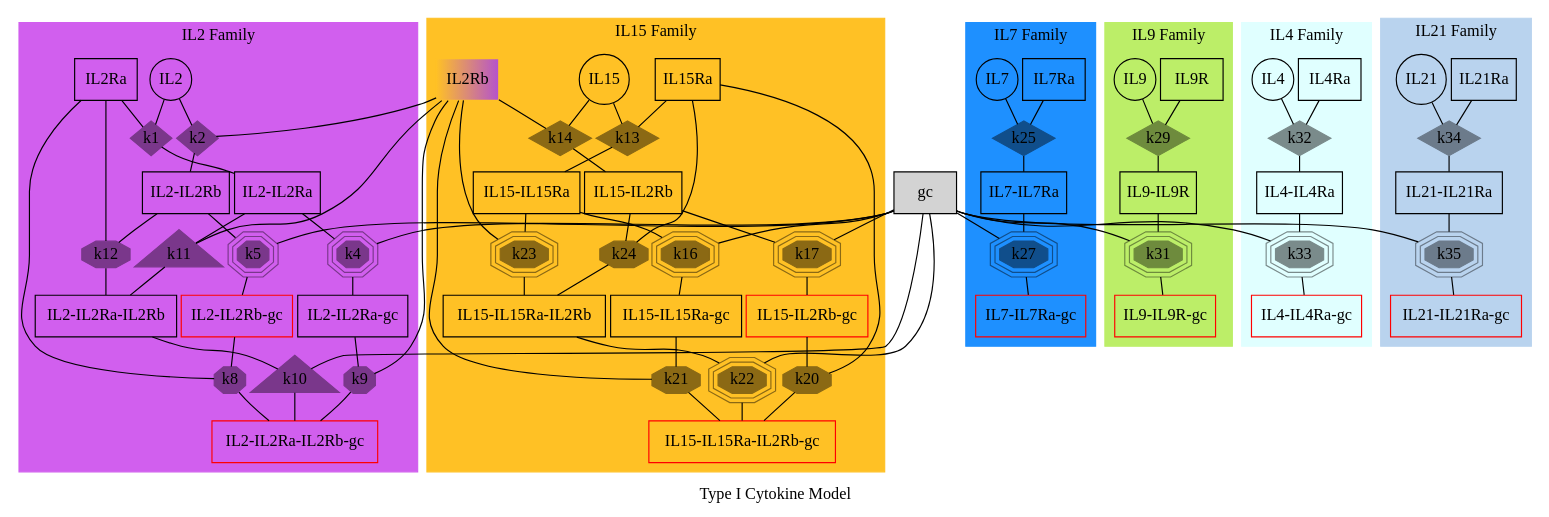
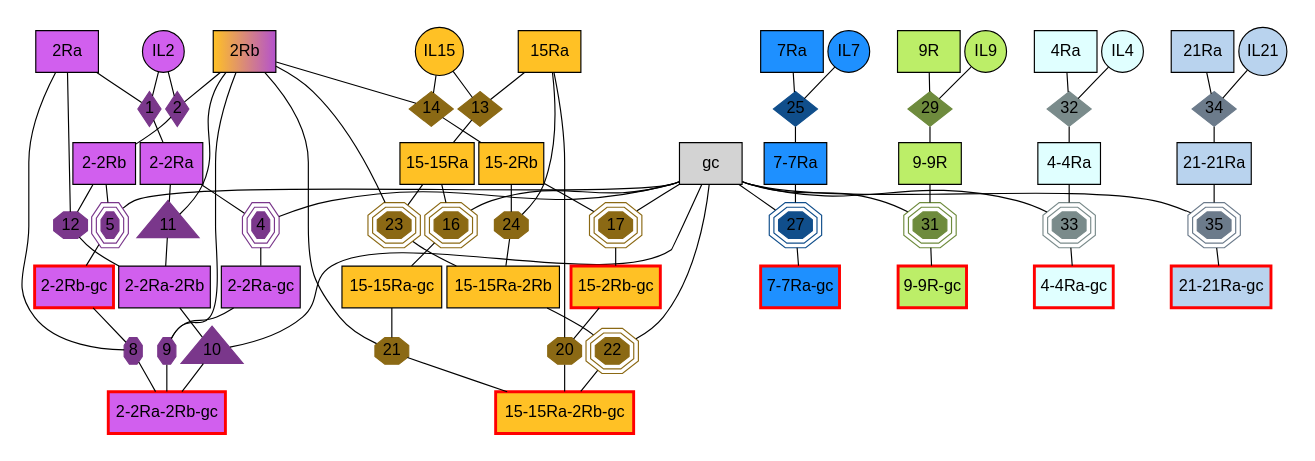
The diagram in ckine/data/graph_all.gv (meyer-lab/gc-cytokines), drawn with Graphviz before and after one commit. The commit also changed 4 other files, not shown here.

```diff
--- a/ckine/data/graph_all.gv
+++ b/ckine/data/graph_all.gv
@@ -1,232 +1,219 @@
 digraph cgamma_cytok {
     ratio = "compress";
-    label = "Type I Cytokine Model";
     graph [pad=0, ranksep=0.2, nodesep=0.05];
 
     subgraph specises {
         node [margin=0.03];
         rank="max";
-        "gc"    [shape=box, style=filled, BGCOLOR="white"];
+        "gc"    [shape=box, style=filled, BGCOLOR="white", fontname = "helvetica"];
     }
 
     subgraph species {
         node [margin=0.03];
 
-        "IL2"   [shape=circle ];
-        "IL2Ra" [shape=box   ];
-        "IL2Rb" [shape=box, style=filled, color="goldenrod1:mediumorchid3"];
-        "IL2-IL2Ra" [shape=box];
-        "IL2-IL2Rb" [shape=box];
-        "IL2-IL2Ra" [shape=box];
-        "IL2-IL2Ra" [shape=box];
-        "IL2-IL2Ra-IL2Rb" [shape=box ];
-        "IL2-IL2Ra-gc" [shape=box ];
-        "IL2-IL2Rb-gc" [shape=box, color=red ];
-        "IL2-IL2Ra-IL2Rb-gc" [shape=box, color=red ];
+        "IL2"   [shape=circle, fontname = "helvetica", fillcolor=mediumorchid2, style=filled ];
+        "2Ra" [shape=box, fontname = "helvetica", fillcolor=mediumorchid2, style=filled   ];
+        "2Rb" [shape=box, style=filled, fontname = "helvetica", fillcolor="goldenrod1:mediumorchid3", style=filled];
+        "2-2Ra" [shape=box, fontname = "helvetica", fillcolor=mediumorchid2, style=filled];
+        "2-2Rb" [shape=box, fontname = "helvetica", fillcolor=mediumorchid2, style=filled];
+        "2-2Ra" [shape=box, fontname = "helvetica", fillcolor=mediumorchid2, style=filled];
+        "2-2Ra" [shape=box, fontname = "helvetica", fillcolor=mediumorchid2, style=filled];
+        "2-2Ra-2Rb" [shape=box, fontname = "helvetica", fillcolor=mediumorchid2, style=filled ];
+        "2-2Ra-gc" [shape=box, fontname = "helvetica" , fillcolor=mediumorchid2, style=filled];
+        "2-2Rb-gc" [shape=box, color=red, fontname = "helvetica" , fillcolor=mediumorchid2, style=filled, penwidth=2.5];
+        "2-2Ra-2Rb-gc" [shape=box, color=red, fontname = "helvetica", fillcolor=mediumorchid2, style=filled , penwidth=2.5];
 
-        "IL15"  [shape=circle];
-        "IL15Ra"    [shape=box];
-        "IL15-IL15Ra"   [shape=box];
-        "IL15-IL2Rb"    [shape=box];
-        "IL15-IL15Ra-IL2Rb" [shape=box];
-        "IL15-IL15Ra-gc"    [shape=box];
-        "IL15-IL2Rb-gc" [shape=box, color=red];
-        "IL15-IL15Ra-IL2Rb-gc"  [shape=box, color=red];
+        "IL15"  [shape=circle, fontname = "helvetica", fillcolor=goldenrod1, style=filled];
+        "15Ra"    [shape=box, fontname = "helvetica", fillcolor=goldenrod1, style=filled];
+        "15-15Ra"   [shape=box, fontname = "helvetica", fillcolor=goldenrod1, style=filled];
+        "15-2Rb"    [shape=box, fontname = "helvetica", fillcolor=goldenrod1, style=filled];
+        "15-15Ra-2Rb" [shape=box, fontname = "helvetica", fillcolor=goldenrod1, style=filled];
+        "15-15Ra-gc"    [shape=box, fontname = "helvetica", fillcolor=goldenrod1, style=filled];
+        "15-2Rb-gc" [shape=box, color=red, fontname = "helvetica", fillcolor=goldenrod1, style=filled, penwidth=2.5];
+        "15-15Ra-2Rb-gc"  [shape=box, color=red, fontname = "helvetica", fillcolor=goldenrod1, style=filled, penwidth=2.5];
 
-        "IL7"   [shape=circle];
-        "IL7Ra" [shape=box];
-        "IL7-IL7Ra" [shape=box];
-        "IL7-IL7Ra-gc"  [shape=box, color=red];
+        "IL7"   [shape=circle, fontname = "helvetica", fillcolor=dodgerblue, style=filled];
+        "7Ra" [shape=box, fontname = "helvetica", fillcolor=dodgerblue, style=filled];
+        "7-7Ra" [shape=box, fontname = "helvetica", fillcolor=dodgerblue, style=filled];
+        "7-7Ra-gc"  [shape=box, color=red, fontname = "helvetica", fillcolor=dodgerblue, style=filled, penwidth=2.5];
 
-        "IL9"   [shape=circle];
-        "IL9R" [shape=box    ];
-        "IL9-IL9R" [shape=box];
-        "IL9-IL9R-gc" [shape=box, color=red ];
+        "IL9"   [shape=circle, fontname = "helvetica", fillcolor=darkolivegreen2, style=filled];
+        "9R" [shape=box , fontname = "helvetica" , fillcolor=darkolivegreen2, style=filled  ];
+        "9-9R" [shape=box, fontname = "helvetica", fillcolor=darkolivegreen2, style=filled];
+        "9-9R-gc" [shape=box, color=red, fontname = "helvetica", fillcolor=darkolivegreen2, style=filled , penwidth=2.5];
 
-        "IL4"   [shape=circle];
-        "IL4Ra" [shape=box    ];
-        "IL4-IL4Ra" [shape=box];
-        "IL4-IL4Ra-gc" [shape=box, color=red ];
+        "IL4"   [shape=circle, fontname = "helvetica", fillcolor=lightcyan, style=filled];
+        "4Ra" [shape=box, fontname = "helvetica" , fillcolor=lightcyan, style=filled   ];
+        "4-4Ra" [shape=box, fontname = "helvetica", fillcolor=lightcyan, style=filled];
+        "4-4Ra-gc" [shape=box, color=red, fontname = "helvetica" , fillcolor=lightcyan, style=filled , penwidth=2.5];
 
-        "IL21"   [shape=circle];
-        "IL21Ra" [shape=box    ];
-        "IL21-IL21Ra" [shape=box];
-        "IL21-IL21Ra-gc" [shape=box, color=red ];
+        "IL21"   [shape=circle, fontname = "helvetica", fillcolor=slategray2, style=filled];
+        "21Ra" [shape=box , fontname = "helvetica", fillcolor=slategray2, style=filled   ];
+        "21-21Ra" [shape=box, fontname = "helvetica", fillcolor=slategray2, style=filled];
+        "21-21Ra-gc" [shape=box, color=red, fontname = "helvetica", fillcolor=slategray2, style=filled , penwidth=2.5 ];
     }
 
     subgraph cluster_IL2 {
-        style=filled;
-    	color=mediumorchid2;
     	node [style=filled,color=mediumorchid4, margin=0];
-        label= "IL2 Family"
+        penwidth=0;
 
-        "k1" [shape=diamond,style=filled,height=.1,width=.1];
-        "IL2" -> "k1" [dir=none,weight=1];
-        "IL2Ra" -> "k1" [dir=none,weight=1];
-        "k1" -> "IL2-IL2Ra" [dir=none, weight=2];
+        "1" [shape=diamond,style=filled,height=.1,width=.1, fontname = "helvetica"];
+        "IL2" -> "1" [dir=none,weight=1];
+        "2Ra" -> "1" [dir=none,weight=1];
+        "1" -> "2-2Ra" [dir=none, weight=2];
 
-        "k2" [shape=diamond,style=filled,height=.1,width=.1];
-        "IL2" -> "k2" [dir=none,weight=1];
-        "IL2Rb" -> "k2" [dir=none,weight=1];
-        "k2" -> "IL2-IL2Rb" [dir=none, weight=2];
+        "2" [shape=diamond,style=filled,height=.1,width=.1, fontname = "helvetica"];
+        "IL2" -> "2" [dir=none,weight=1];
+        "2Rb" -> "2" [dir=none,weight=1];
+        "2" -> "2-2Rb" [dir=none, weight=2];
 
-        "k4" [shape=tripleoctagon,style=filled,height=.1,width=.1];
-        "IL2-IL2Ra" -> "k4" [dir=none,weight=1];
-        "gc" -> "k4" [dir=none,weight=1];
-        "k4" -> "IL2-IL2Ra-gc" [dir=none, weight=2];
+        "4" [shape=tripleoctagon,style=filled,height=.1,width=.1, fontname = "helvetica"];
+        "2-2Ra" -> "4" [dir=none,weight=1];
+        "gc" -> "4" [dir=none,weight=1];
+        "4" -> "2-2Ra-gc" [dir=none, weight=2];
 
-        "k5" [shape=tripleoctagon,style=filled,height=.1,width=.1];
-        "IL2-IL2Rb" -> "k5" [dir=none,weight=1];
-        "gc" -> "k5" [dir=none,weight=1];
-        "k5" -> "IL2-IL2Rb-gc" [dir=none, weight=2];
+        "5" [shape=tripleoctagon,style=filled,height=.1,width=.1, fontname = "helvetica"];
+        "2-2Rb" -> "5" [dir=none,weight=1];
+        "gc" -> "5" [dir=none,weight=1];
+        "5" -> "2-2Rb-gc" [dir=none, weight=2];
 
-        "k8" [shape=octagon,style=filled,height=.1,width=.1];
-        "IL2-IL2Rb-gc" -> "k8" [dir=none,weight=1];
-        "IL2Ra" -> "k8" [dir=none,weight=1];
-        "k8" -> "IL2-IL2Ra-IL2Rb-gc" [dir=none, weight=2];
+        "8" [shape=octagon,style=filled,height=.1,width=.1, fontname = "helvetica"];
+        "2-2Rb-gc" -> "8" [dir=none,weight=1];
+        "2Ra" -> "8" [dir=none,weight=1];
+        "8" -> "2-2Ra-2Rb-gc" [dir=none, weight=2, fontname = "helvetica"];
 
-        "k9" [shape=octagon,style=filled,height=.1,width=.1];
-        "IL2-IL2Ra-gc" -> "k9" [dir=none,weight=1];
-        "IL2Rb" -> "k9" [dir=none,weight=1];
-        "k9" -> "IL2-IL2Ra-IL2Rb-gc" [dir=none, weight=2];
+        "9" [shape=octagon,style=filled,height=.1,width=.1, fontname = "helvetica"];
+        "2-2Ra-gc" -> "9" [dir=none,weight=1];
+        "2Rb" -> "9" [dir=none,weight=1];
+        "9" -> "2-2Ra-2Rb-gc" [dir=none, weight=2];
 
-        "k10" [shape=triangle,style=filled,height=.1,width=.04];
-        "IL2-IL2Ra-IL2Rb" -> "k10" [dir=none,weight=1];
-        "gc" -> "k10" [dir=none,weight=1];
-        "k10" -> "IL2-IL2Ra-IL2Rb-gc" [dir=none, weight=2];
+        "10" [shape=triangle,style=filled,height=.1,width=.04, fontname = "helvetica"];
+        "2-2Ra-2Rb" -> "10" [dir=none,weight=1];
+        "gc" -> "10" [dir=none,weight=1];
+        "10" -> "2-2Ra-2Rb-gc" [dir=none, weight=2];
 
-        "k11" [shape=triangle,style=filled,height=.1,width=.04];
-        "IL2-IL2Ra" -> "k11" [dir=none,weight=1];
-        "IL2Rb" -> "k11" [dir=none,weight=1];
-        "k11" -> "IL2-IL2Ra-IL2Rb" [dir=none, weight=2];
+        "11" [shape=triangle,style=filled,height=.1,width=.04, fontname = "helvetica"];
+        "2-2Ra" -> "11" [dir=none,weight=1];
+        "2Rb" -> "11" [dir=none,weight=1];
+        "11" -> "2-2Ra-2Rb" [dir=none, weight=2];
 
-        "k12" [shape=octagon,style=filled,height=.1,width=.1];
-        "IL2-IL2Rb" -> "k12" [dir=none,weight=1];
-        "IL2Ra" -> "k12" [dir=none,weight=1];
-        "k12" -> "IL2-IL2Ra-IL2Rb" [dir=none, weight=2];
+        "12" [shape=octagon,style=filled,height=.1,width=.1, fontname = "helvetica"];
+        "2-2Rb" -> "12" [dir=none,weight=1];
+        "2Ra" -> "12" [dir=none,weight=1];
+        "12" -> "2-2Ra-2Rb" [dir=none, weight=2];
     }
 
     subgraph cluster_IL15 {
-        style=filled;
-    	color=goldenrod1;
     	node [style=filled,color=goldenrod4, margin=0];
         edge [dir=none, weight=1];
-        label= "IL15 Family"
+        penwidth=0;
 
-        "k13" [shape=diamond,style=filled,height=.1,width=.1];
-        "IL15" -> "k13";
-        "IL15Ra" -> "k13";
-        "k13" -> "IL15-IL15Ra";
+        "13" [shape=diamond,style=filled,height=.1,width=.1, fontname = "helvetica"];
+        "IL15" -> "13";
+        "15Ra" -> "13";
+        "13" -> "15-15Ra";
 
-        "k14" [shape=diamond,style=filled,height=.1,width=.1];
-        "IL15" -> "k14";
-        "IL2Rb" -> "k14";
-        "k14" -> "IL15-IL2Rb";
+        "14" [shape=diamond,style=filled,height=.1,width=.1, fontname = "helvetica"];
+        "IL15" -> "14";
+        "2Rb" -> "14";
+        "14" -> "15-2Rb";
 
-        "k16" [shape=tripleoctagon,style=filled,height=.1,width=.1];
-        "IL15-IL15Ra" -> "k16";
-        "gc" -> "k16";
-        "k16" -> "IL15-IL15Ra-gc";
+        "16" [shape=tripleoctagon,style=filled,height=.1,width=.1, fontname = "helvetica"];
+        "15-15Ra" -> "16";
+        "gc" -> "16";
+        "16" -> "15-15Ra-gc";
 
-        "k17" [shape=tripleoctagon,style=filled,height=.1,width=.1];
-        "IL15-IL2Rb" -> "k17";
-        "gc" -> "k17";
-        "k17" -> "IL15-IL2Rb-gc";
+        "17" [shape=tripleoctagon,style=filled,height=.1,width=.1, fontname = "helvetica"];
+        "15-2Rb" -> "17";
+        "gc" -> "17";
+        "17" -> "15-2Rb-gc";
 
-        "k20" [shape=octagon,style=filled,height=.1,width=.1];
-        "IL15-IL2Rb-gc" -> "k20";
-        "IL15Ra" -> "k20";
-        "k20" -> "IL15-IL15Ra-IL2Rb-gc";
+        "20" [shape=octagon,style=filled,height=.1,width=.1, fontname = "helvetica"];
+        "15-2Rb-gc" -> "20";
+        "15Ra" -> "20";
+        "20" -> "15-15Ra-2Rb-gc";
 
-        "k21" [shape=octagon,style=filled,height=.1,width=.1];
-        "IL15-IL15Ra-gc" -> "k21";
-        "IL2Rb" -> "k21";
-        "k21" -> "IL15-IL15Ra-IL2Rb-gc";
+        "21" [shape=octagon,style=filled,height=.1,width=.1, fontname = "helvetica"];
+        "15-15Ra-gc" -> "21";
+        "2Rb" -> "21";
+        "21" -> "15-15Ra-2Rb-gc";
 
-        "k22" [shape=tripleoctagon,style=filled,height=.1,width=.1];
-        "IL15-IL15Ra-IL2Rb" -> "k22";
-        "gc" -> "k22";
-        "k22" -> "IL15-IL15Ra-IL2Rb-gc";
+        "22" [shape=tripleoctagon,style=filled,height=.1,width=.1, fontname = "helvetica"];
+        "15-15Ra-2Rb" -> "22";
+        "gc" -> "22";
+        "22" -> "15-15Ra-2Rb-gc";
 
-        "k23" [shape=tripleoctagon,style=filled,height=.1,width=.1];
-        "IL15-IL15Ra" -> "k23";
-        "IL2Rb" -> "k23";
-        "k23" -> "IL15-IL15Ra-IL2Rb";
+        "23" [shape=tripleoctagon,style=filled,height=.1,width=.1, fontname = "helvetica"];
+        "15-15Ra" -> "23";
+        "2Rb" -> "23";
+        "23" -> "15-15Ra-2Rb";
 
-        "k24" [shape=octagon,style=filled,height=.1,width=.1];
-        "IL15-IL2Rb" -> "k24";
-        "IL15Ra" -> "k24";
-        "k24" -> "IL15-IL15Ra-IL2Rb";
+        "24" [shape=octagon,style=filled,height=.1,width=.1, fontname = "helvetica"];
+        "15-2Rb" -> "24";
+        "15Ra" -> "24";
+        "24" -> "15-15Ra-2Rb";
         }
 
     subgraph cluster_IL7 {
-        style=filled;
-    	color=dodgerblue;
     	node [style=filled,color=dodgerblue4, margin=0];
         edge [dir=none, weight=1];
-        label= "IL7 Family"
+        penwidth=0;
         
-        "k25" [shape=diamond,style=filled,height=.1,width=.1];
-        "IL7" -> "k25";
-        "IL7Ra" -> "k25";
-        "k25" -> "IL7-IL7Ra";
+        "25" [shape=diamond,style=filled,height=.1,width=.1, fontname = "helvetica"];
+        "IL7" -> "25";
+        "7Ra" -> "25";
+        "25" -> "7-7Ra";
 
-        "k27" [shape=tripleoctagon,style=filled,height=.1,width=.1];
-        "IL7-IL7Ra" -> "k27";
-        "gc" -> "k27";
-        "k27" -> "IL7-IL7Ra-gc";
+        "27" [shape=tripleoctagon,style=filled,height=.1,width=.1, fontname = "helvetica"];
+        "7-7Ra" -> "27";
+        "gc" -> "27";
+        "27" -> "7-7Ra-gc";
     }
 
     subgraph cluster_IL9 {
-        style=filled;
-    	color=darkolivegreen2;
     	node [style=filled,color=darkolivegreen4, margin=0];
         edge [dir=none, weight=1];
-        label= "IL9 Family"
+        penwidth=0;
         
-        "k29" [shape=diamond, style=filled, height=.1, width=.1];
-        "IL9" -> "k29";
-        "IL9R" -> "k29";
-        "k29" -> "IL9-IL9R";
+        "29" [shape=diamond, style=filled, height=.1, width=.1, fontname = "helvetica"];
+        "IL9" -> "29";
+        "9R" -> "29";
+        "29" -> "9-9R";
 
-        "k31" [shape=tripleoctagon,style=filled,height=.1,width=.1];
-        "IL9-IL9R" -> "k31";
-        "gc" -> "k31";
-        "k31" -> "IL9-IL9R-gc";
+        "31" [shape=tripleoctagon,style=filled,height=.1,width=.1, fontname = "helvetica"];
+        "9-9R" -> "31";
+        "gc" -> "31";
+        "31" -> "9-9R-gc";
     }
 
     subgraph cluster_IL4 {
-        style=filled;
-    	color=lightcyan;
     	node [style=filled, color=lightcyan4, margin=0];
         edge [dir=none, weight=1];
-        label= "IL4 Family"
+        penwidth=0;
         
-        "k32" [shape=diamond, style=filled, height=0.1, width=0.1];
-        "IL4" -> "k32";
-        "IL4Ra" -> "k32";
-        "k32" -> "IL4-IL4Ra";
+        "32" [shape=diamond, style=filled, height=0.1, width=0.1, fontname = "helvetica"];
+        "IL4" -> "32";
+        "4Ra" -> "32";
+        "32" -> "4-4Ra";
 
-        "k33" [shape=tripleoctagon,style=filled,height=.1,width=.1];
-        "IL4-IL4Ra" -> "k33";
-        "gc" -> "k33";
-        "k33" -> "IL4-IL4Ra-gc";
+        "33" [shape=tripleoctagon,style=filled,height=.1,width=.1, fontname = "helvetica"];
+        "4-4Ra" -> "33";
+        "gc" -> "33";
+        "33" -> "4-4Ra-gc";
     }
     subgraph cluster_IL21 {
-        style=filled;
-    	color=slategray2;
     	node [style=filled, color=slategray4, margin=0];
         edge [dir=none, weight=1];
-        label= "IL21 Family"
+        penwidth=0;
         
-        "k34" [shape=diamond,style=filled,height=.1,width=.1];
-        "IL21" -> "k34";
-        "IL21Ra" -> "k34";
-        "k34" -> "IL21-IL21Ra";
+        "34" [shape=diamond,style=filled,height=.1,width=.1, fontname = "helvetica"];
+        "IL21" -> "34";
+        "21Ra" -> "34";
+        "34" -> "21-21Ra";
 
-        "k35" [shape=tripleoctagon,style=filled, height=.1, width=.1];
-        "IL21-IL21Ra" -> "k35";
-        "gc" -> "k35";
-        "k35" -> "IL21-IL21Ra-gc";
+        "35" [shape=tripleoctagon,style=filled, height=.1, width=.1, fontname = "helvetica"];
+        "21-21Ra" -> "35";
+        "gc" -> "35";
+        "35" -> "21-21Ra-gc";
     }
 }
```
